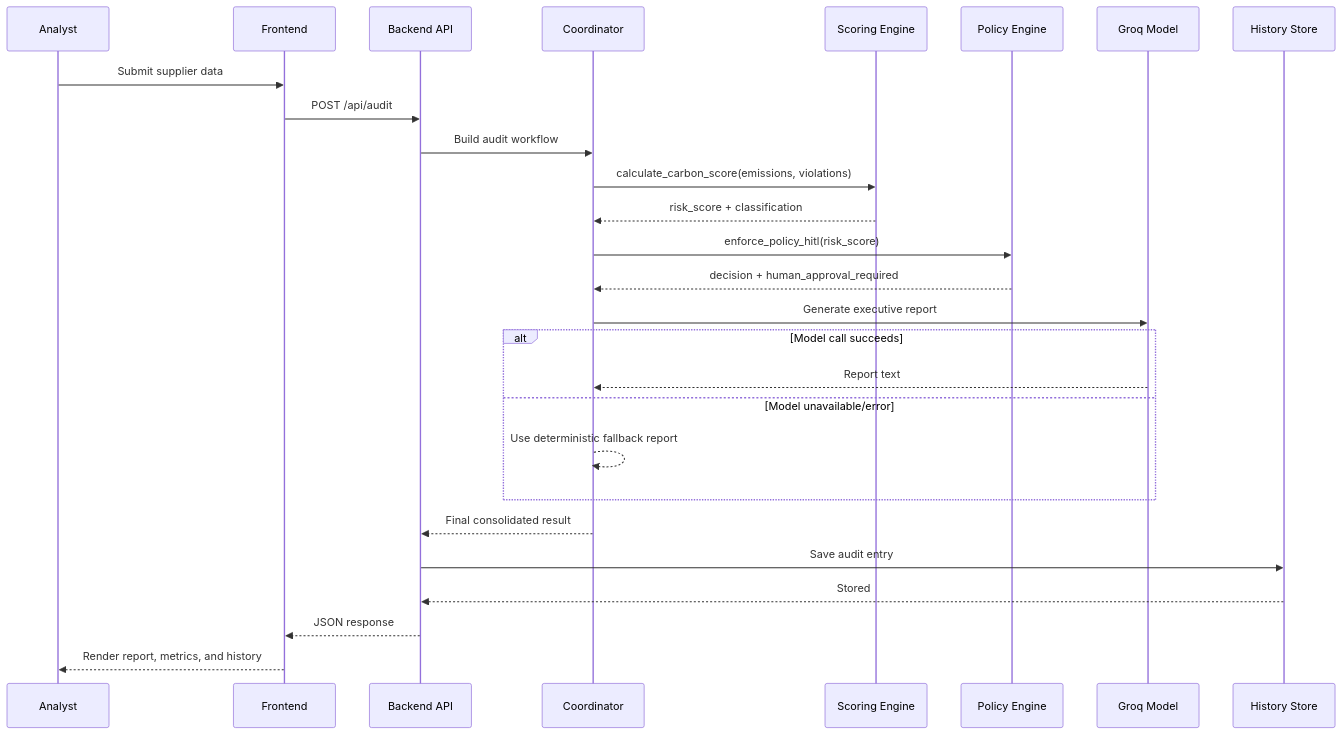
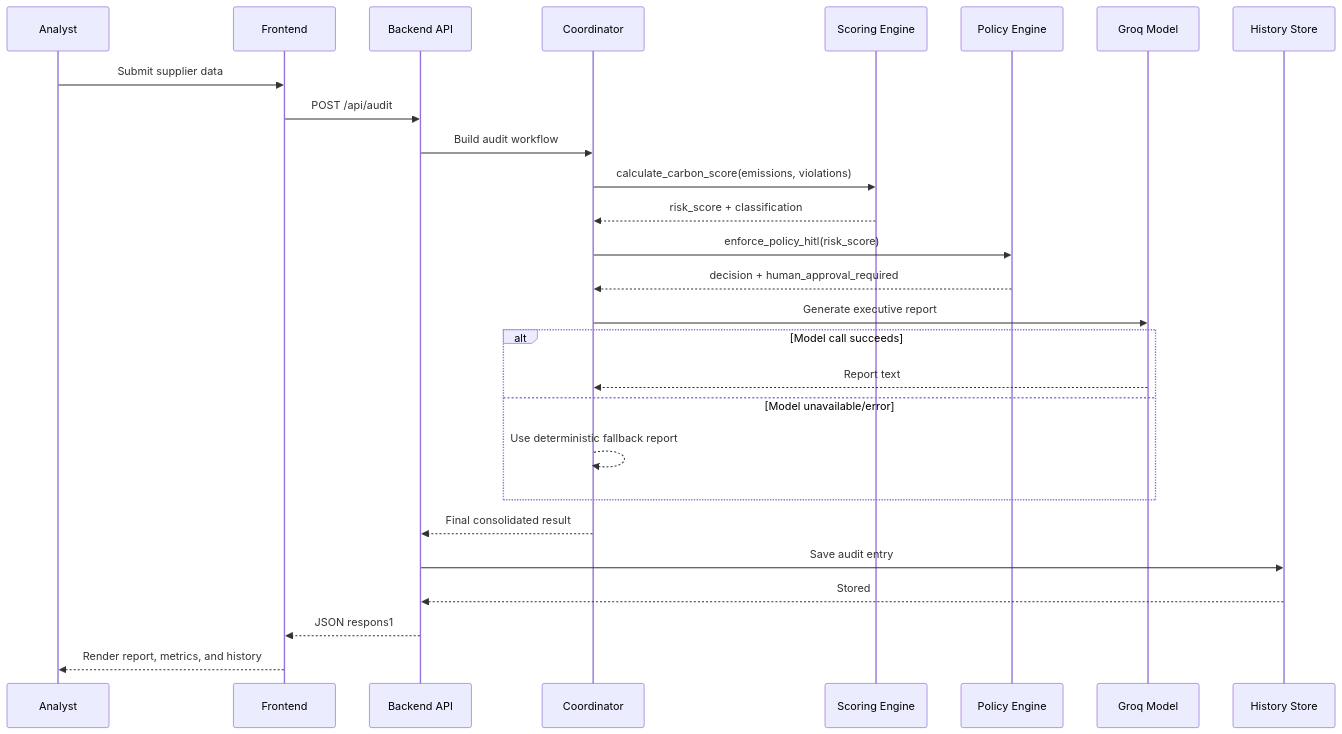
Before and after one commit to Hacknovate-7-0/CFOE-blockchain: the second of 2 diagrams in README.md, drawn with Mermaid. The commit also changed other lines of this file and 13 other files, not shown here.

````diff
--- a/README.md
+++ b/README.md
@@ -210,30 +212,30 @@
 ```mermaid
 sequenceDiagram
     participant A as Analyst
     participant F as Frontend
     participant B as Backend API
     participant C as Coordinator
     participant S as Scoring Engine
     participant P as Policy Engine
     participant G as Groq Model
     participant H as History Store
 
     A->>F: Submit supplier data
     F->>B: POST /api/audit
     B->>C: Build audit workflow
     C->>S: calculate_carbon_score(emissions, violations)
     S-->>C: risk_score + classification
     C->>P: enforce_policy_hitl(risk_score)
     P-->>C: decision + human_approval_required
     C->>G: Generate executive report
     alt Model call succeeds
         G-->>C: Report text
     else Model unavailable/error
         C-->>C: Use deterministic fallback report
     end
     C-->>B: Final consolidated result
     B->>H: Save audit entry
     H-->>B: Stored
-    B-->>F: JSON response
+    B-->>F: JSON respons1
     F-->>A: Render report, metrics, and history
 ```
````
